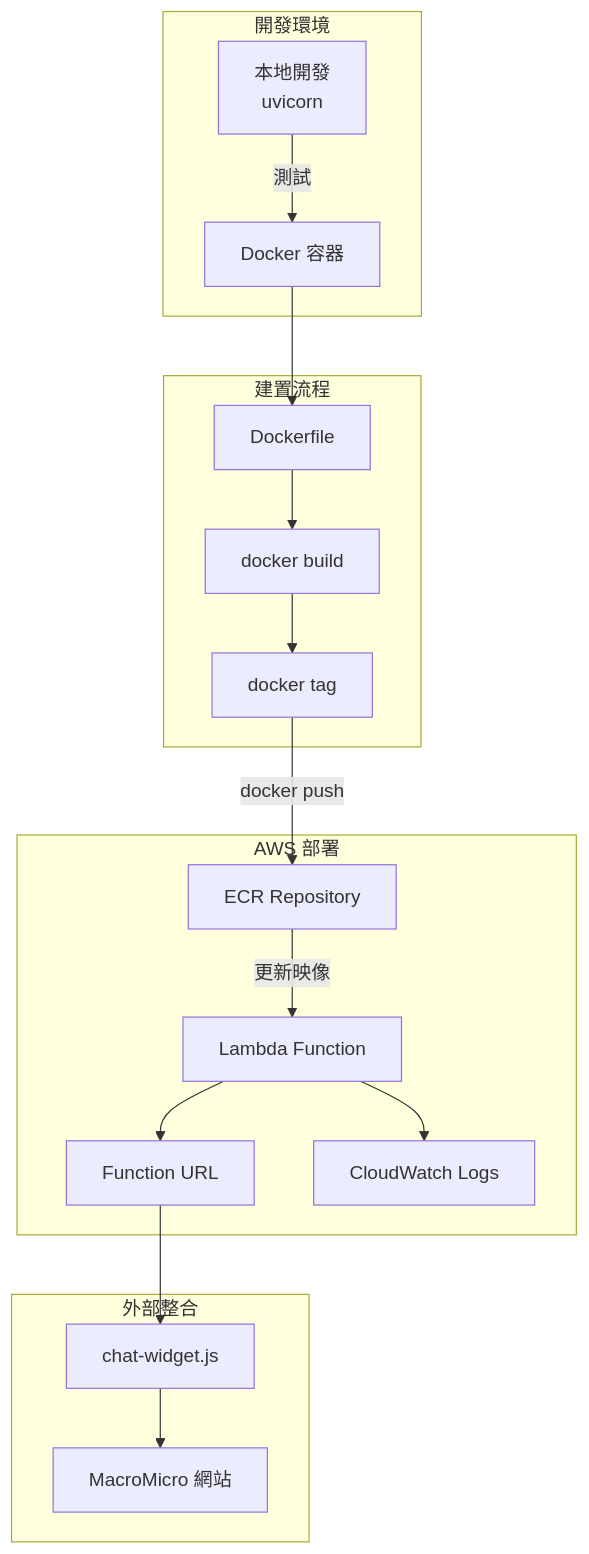
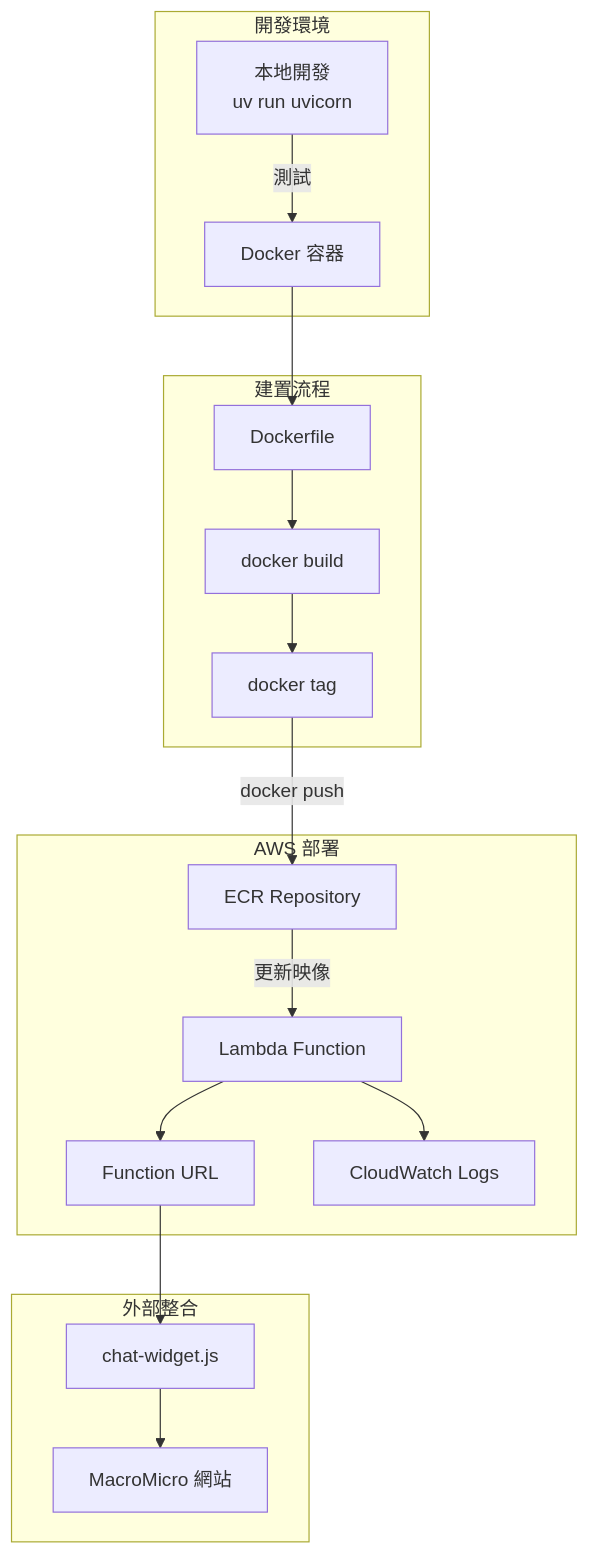
Before and after one commit to x1001000/mm-madam-aws: the fourth of 6 diagrams in ARCHITECTURE.md, drawn with Mermaid. The commit also changed other lines of this file and 1 other file, not shown here.

First line of the commit message:
Update README.md and ARCHITECTURE.md to reflect recent changes

````diff
--- a/ARCHITECTURE.md
+++ b/ARCHITECTURE.md
@@ -216,36 +220,36 @@
 ```mermaid
 flowchart TB
     subgraph Development["開發環境"]
-        Local["本地開發<br/>uvicorn"]
+        Local["本地開發<br/>uv run uvicorn"]
         Docker["Docker 容器"]
     end
 
     subgraph Build["建置流程"]
         Dockerfile["Dockerfile"]
         BuildCmd["docker build"]
         Tag["docker tag"]
     end
 
     subgraph AWS["AWS 部署"]
         ECR["ECR Repository"]
         Lambda["Lambda Function"]
         FunctionURL["Function URL"]
         CloudWatch["CloudWatch Logs"]
     end
 
     subgraph External["外部整合"]
         MM["MacroMicro 網站"]
         Widget["chat-widget.js"]
     end
 
     Local -->|測試| Docker
     Docker --> Dockerfile
     Dockerfile --> BuildCmd
     BuildCmd --> Tag
     Tag -->|docker push| ECR
     ECR -->|更新映像| Lambda
     Lambda --> FunctionURL
     Lambda --> CloudWatch
     FunctionURL --> Widget
     Widget --> MM
 ```
````
